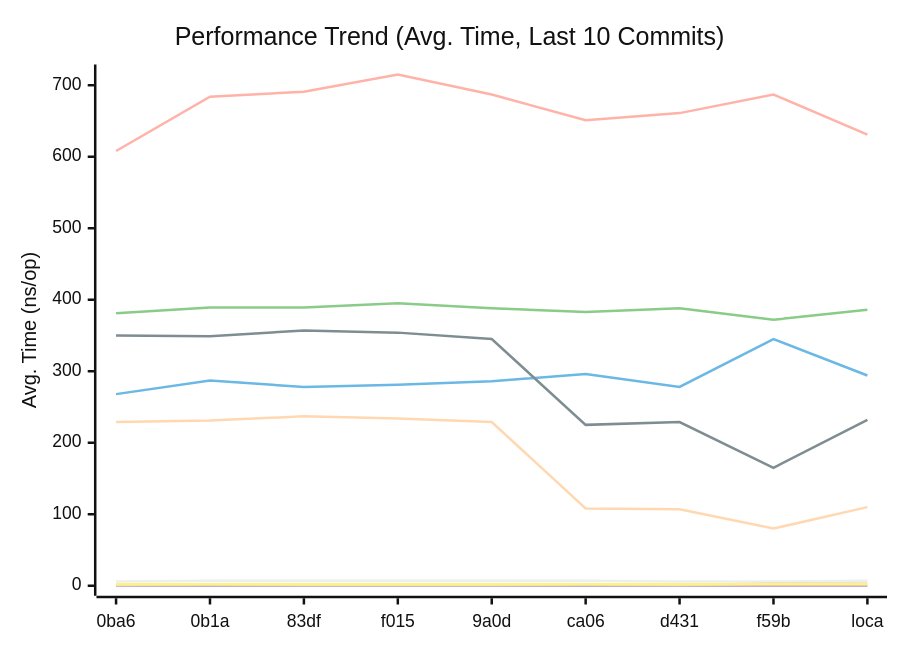
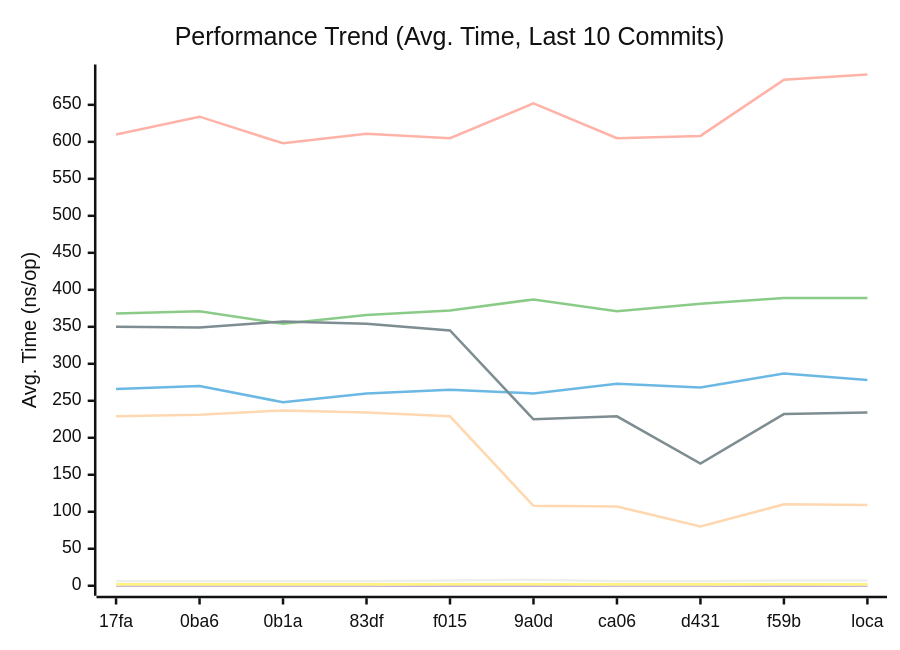
Before and after one commit to alsotoes/momo: the first of 3 diagrams in docs/PERFORMANCE.md, drawn with Mermaid (neutral theme). The commit also changed other lines of this file and 9 other files, not shown here.

````diff
--- a/docs/PERFORMANCE.md
+++ b/docs/PERFORMANCE.md
@@ -80,16 +81,16 @@
 ```mermaid
 xychart-beta
     title "Performance Trend (Avg. Time, Last 10 Commits)"
     x-axis "Commit"
     y-axis "Avg. Time (ns/op)"
-    x-axis [0ba6,0b1a,83df,f015,9a0d,ca06,d431,f59b,loca]
-    line "CheckMetricsAndSwap" [6,7,7,7,7,7,6,6,7,7]
-    line "CrushOptimized" [268,287,278,281,286,296,278,345,294,274]
-    line "CrushOriginal" [381,389,389,395,388,383,388,372,386,388]
+    x-axis [17fa,0ba6,0b1a,83df,f015,9a0d,ca06,d431,f59b,loca]
+    line "CheckMetricsAndSwap" [6,6,6,6,7,8,6,6,7,7]
+    line "CrushOptimized" [266,270,248,260,265,260,273,268,287,278]
+    line "CrushOriginal" [368,371,354,366,372,387,371,381,389,389]
     line "IndexDirectTracking" [0,0,0,0,0,0,0,0,0,0]
-    line "IndexSearch" [1,2,1,1,1,2,1,3,3,3]
-    line "LoadGlobalConfig" [608,684,691,715,687,651,661,687,631,645]
+    line "IndexSearch" [1,1,1,1,2,2,1,1,2,1]
+    line "LoadGlobalConfig" [610,634,598,611,605,652,605,608,684,691]
     line "PadString" [2,2,2,2,2,2,2,2,2,2]
     line "ParseReplicationOrder_NoPrealloc" [350,349,357,354,345,225,229,165,232,234]
     line "ParseReplicationOrder_Prealloc" [229,231,237,234,229,108,107,80,110,109]
 ```
````
